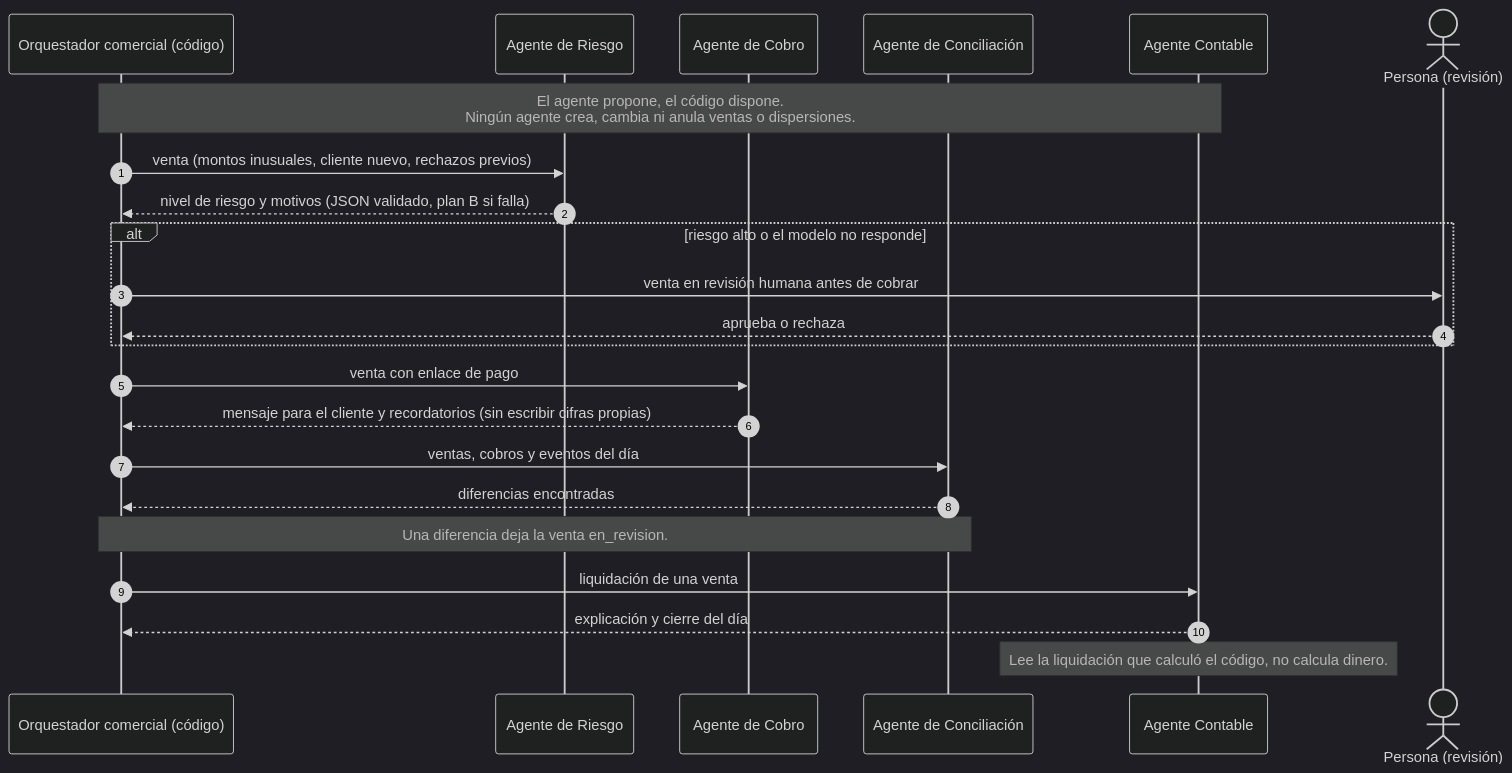
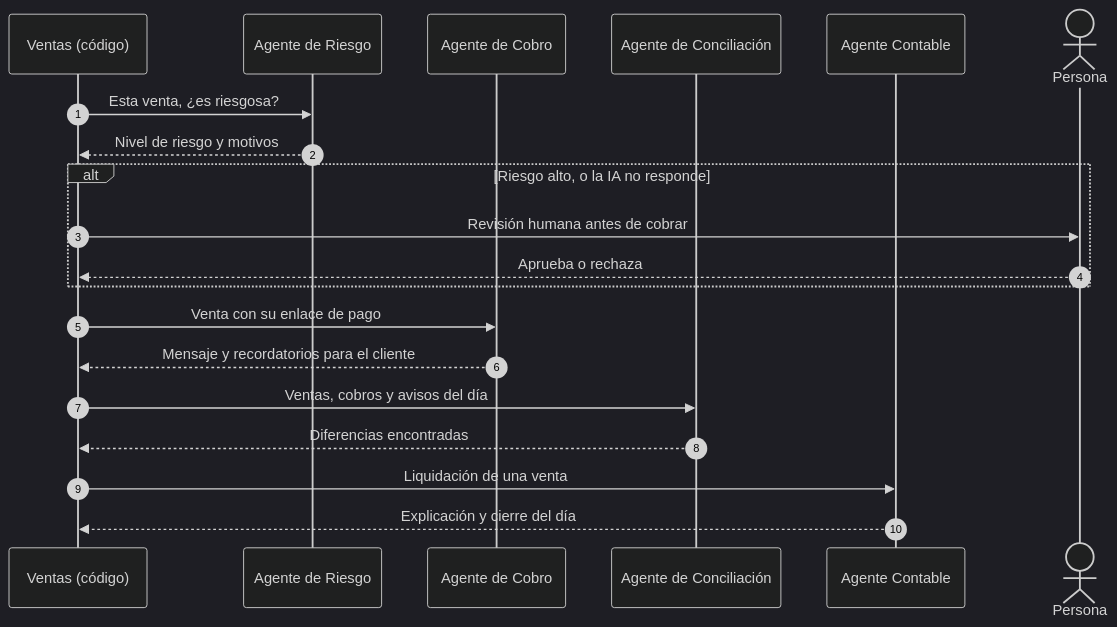
One commit to CristianT71/CobraYa changed the third of 3 diagrams in docs/diagrama-secuencia-ventas.md. Above: the diagram before and after it, drawn with Mermaid (dark theme). The commit also changed other lines of this file and 3 other files, not shown here.

Commit message:
docs: diagrama de Ventas más claro (cuatro fases, glosario, dispersión visible y ejemplo con números del instructivo)

````diff
--- a/docs/diagrama-secuencia-ventas.md
+++ b/docs/diagrama-secuencia-ventas.md
@@ -141,30 +152,26 @@
 ```mermaid
 sequenceDiagram
     autonumber
-    participant V as Orquestador comercial (código)
+    participant V as Ventas (código)
     participant R as Agente de Riesgo
     participant K as Agente de Cobro
     participant L as Agente de Conciliación
     participant A as Agente Contable
-    actor H as Persona (revisión)
+    actor H as Persona
 
-    Note over V,A: El agente propone, el código dispone.<br/>Ningún agente crea, cambia ni anula ventas o dispersiones.
-
-    V->>R: venta (montos inusuales, cliente nuevo, rechazos previos)
-    R-->>V: nivel de riesgo y motivos (JSON validado, plan B si falla)
-    alt riesgo alto o el modelo no responde
-        V->>H: venta en revisión humana antes de cobrar
-        H-->>V: aprueba o rechaza
+    V->>R: Esta venta, ¿es riesgosa?
+    R-->>V: Nivel de riesgo y motivos
+    alt Riesgo alto, o la IA no responde
+        V->>H: Revisión humana antes de cobrar
+        H-->>V: Aprueba o rechaza
     end
 
-    V->>K: venta con enlace de pago
-    K-->>V: mensaje para el cliente y recordatorios (sin escribir cifras propias)
+    V->>K: Venta con su enlace de pago
+    K-->>V: Mensaje y recordatorios para el cliente
 
-    V->>L: ventas, cobros y eventos del día
-    L-->>V: diferencias encontradas
-    Note over V,L: Una diferencia deja la venta en_revision.
+    V->>L: Ventas, cobros y avisos del día
+    L-->>V: Diferencias encontradas
 
-    V->>A: liquidación de una venta
-    A-->>V: explicación y cierre del día
-    Note over A: Lee la liquidación que calculó el código, no calcula dinero.
+    V->>A: Liquidación de una venta
+    A-->>V: Explicación y cierre del día
 ```
````
